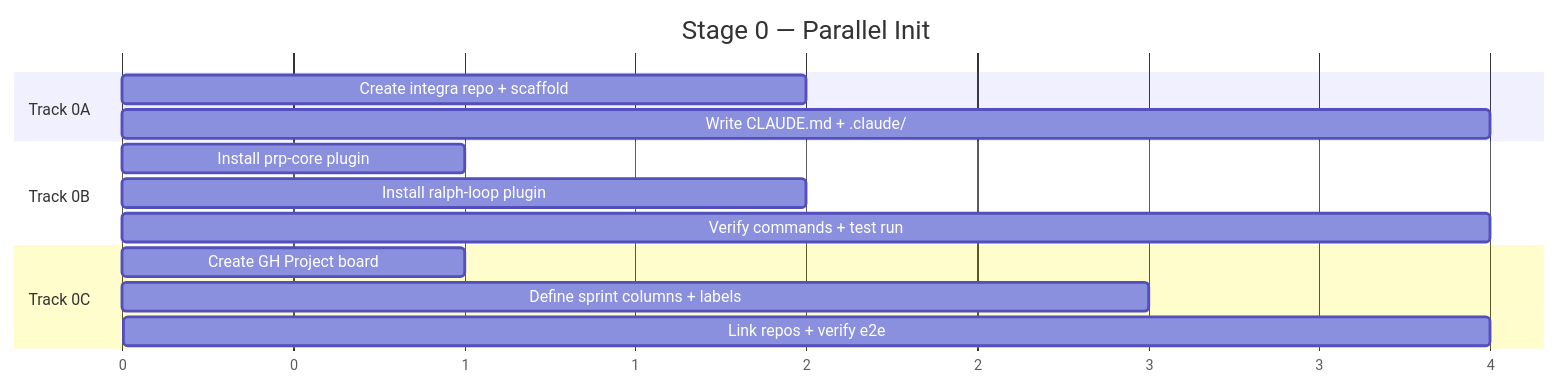
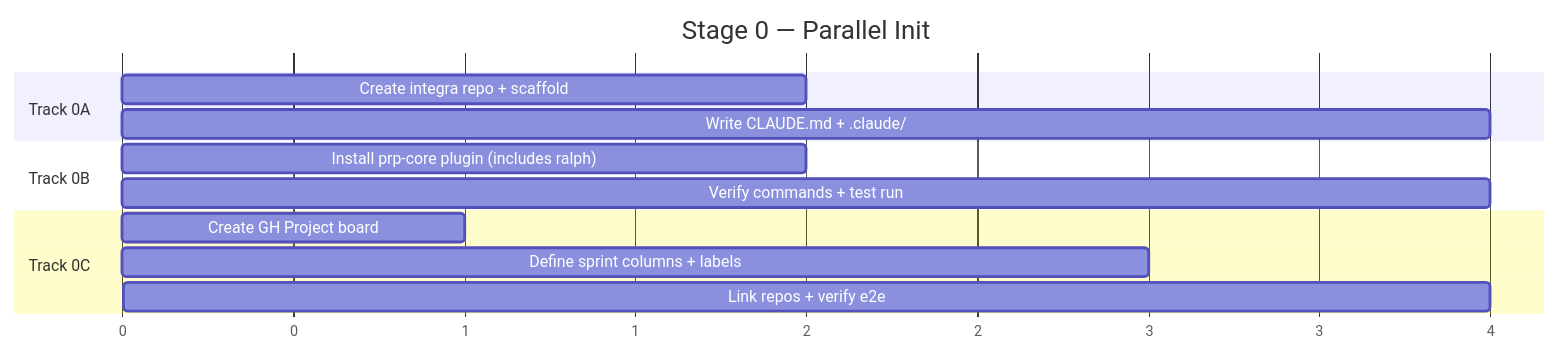
The third of 4 diagrams in ROADMAP.md (bprzybysz/integra), drawn with Mermaid before and after one commit. The commit also changed other lines of this file and 3 other files, not shown here.

First line of the commit message:
feat: YouTube KB extraction + ROADMAP.md integrity overhaul

````diff
--- a/ROADMAP.md
+++ b/ROADMAP.md
@@ -275,20 +278,19 @@
 ```mermaid
 gantt
     title Stage 0 — Parallel Init
     dateFormat X
     axisFormat %s
 
     section Track 0A
     Create integra repo + scaffold     :a1, 0, 2
     Write CLAUDE.md + .claude/         :a2, 2, 4
 
     section Track 0B
-    Install prp-core plugin            :b1, 0, 1
-    Install ralph-loop plugin          :b2, 1, 2
-    Verify commands + test run         :b3, 2, 4
+    Install prp-core plugin (includes ralph) :b1, 0, 2
+    Verify commands + test run         :b2, 2, 4
 
     section Track 0C
     Create GH Project board            :c1, 0, 1
     Define sprint columns + labels     :c2, 1, 3
     Link repos + verify e2e           :c3, 3, 4
 ```
````
